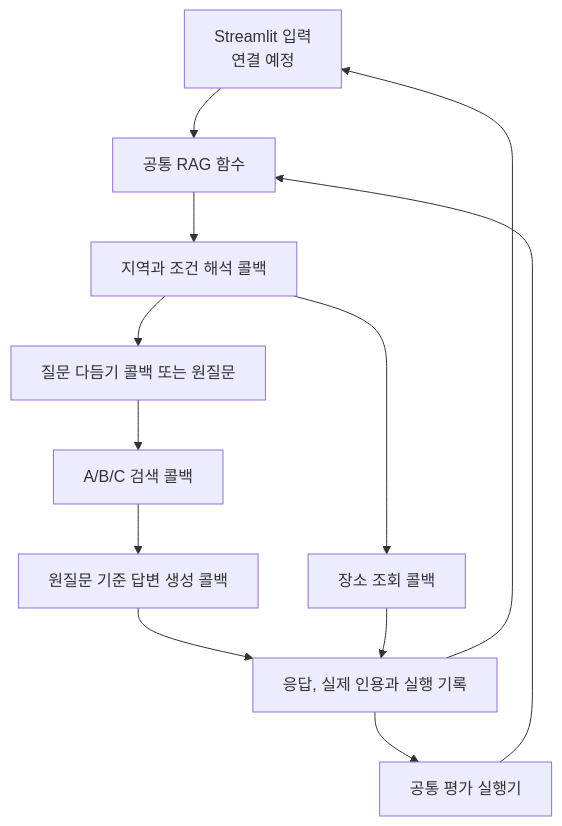
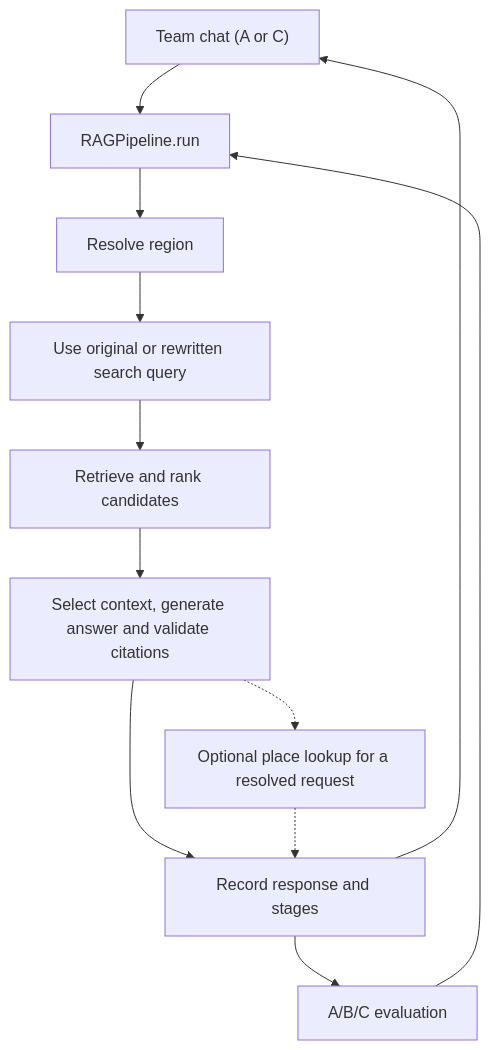
One commit to kssk3/best-driver-rag-project changed the diagram in docs/architecture.md. Above: the diagram before and after it, drawn with Mermaid. The commit also changed other lines of this file and 4 other files, not shown here.

````diff
--- a/docs/architecture.md
+++ b/docs/architecture.md
@@ -133,14 +133,14 @@
 ```mermaid
 flowchart TD
-    UI["Streamlit 입력<br/>연결 예정"] --> P["공통 RAG 함수"]
-    E["공통 평가 실행기"] --> P
-    P --> R["지역과 조건 해석 콜백"]
-    R --> Q["질문 다듬기 콜백 또는 원질문"]
-    Q --> S["A/B/C 검색 콜백"]
-    S --> G["원질문 기준 답변 생성 콜백"]
-    R --> L["장소 조회 콜백"]
-    G --> O["응답, 실제 인용과 실행 기록"]
-    L --> O
+    UI["Team chat (A or C)"] --> P["RAGPipeline.run"]
+    E["A/B/C evaluation"] --> P
+    P --> R["Resolve region"]
+    R --> Q["Use original or rewritten search query"]
+    Q --> S["Retrieve and rank candidates"]
+    S --> G["Select context, generate answer and validate citations"]
+    G --> O["Record response and stages"]
+    G -.-> L["Optional place lookup for a resolved request"]
+    L -.-> O
     O --> UI
     O --> E
 ```
````
